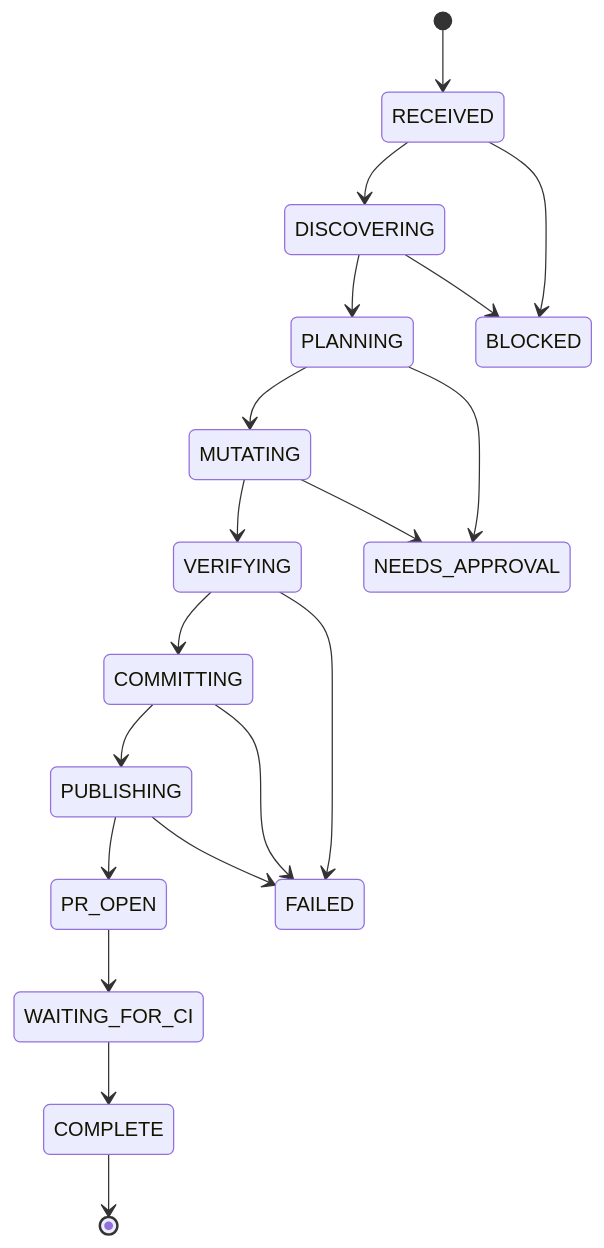
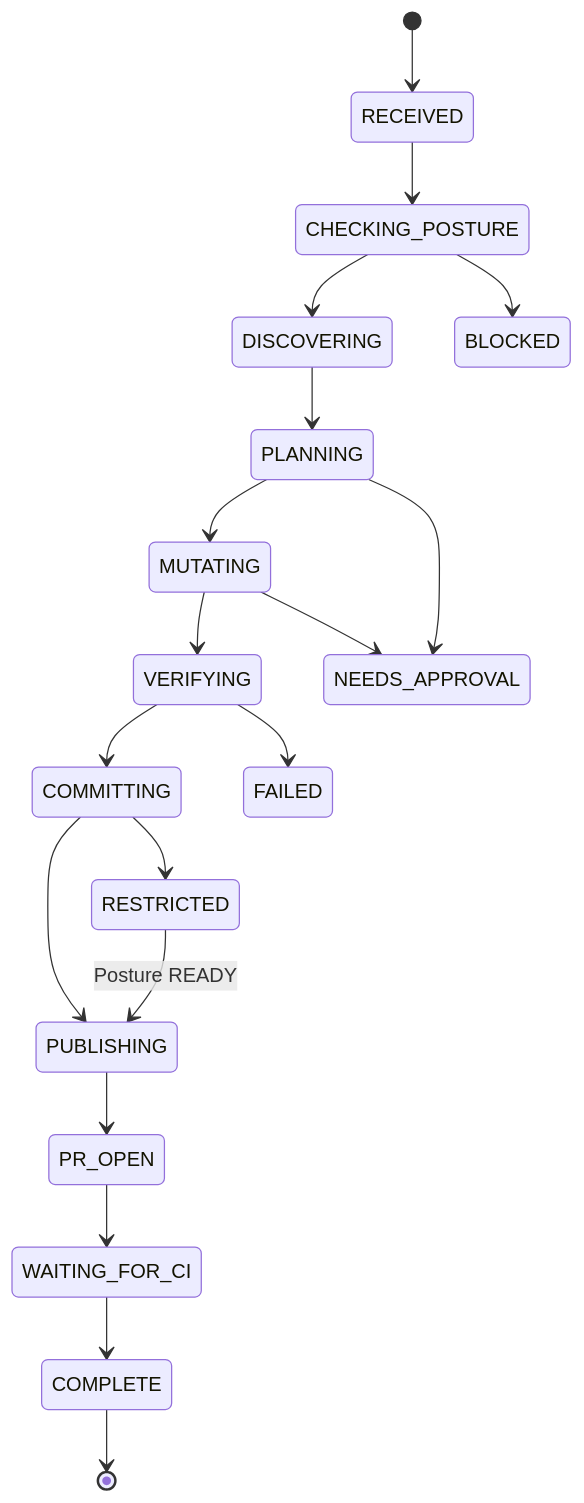
One commit to tomo-chan/agent-harness changed the third of 4 diagrams in docs/ja/01-architecture.md. Above: the diagram before and after it, drawn with Mermaid. The commit also changed other lines of this file, not shown here.

Commit message:
docs: Posture-awareな簡素構成を日本語Architectureへ反映

````diff
--- a/docs/ja/01-architecture.md
+++ b/docs/ja/01-architecture.md
@@ -40,22 +56,22 @@
 ```mermaid
 stateDiagram-v2
     [*] --> RECEIVED
-    RECEIVED --> DISCOVERING
+    RECEIVED --> CHECKING_POSTURE
+    CHECKING_POSTURE --> DISCOVERING
     DISCOVERING --> PLANNING
     PLANNING --> MUTATING
     MUTATING --> VERIFYING
     VERIFYING --> COMMITTING
     COMMITTING --> PUBLISHING
     PUBLISHING --> PR_OPEN
     PR_OPEN --> WAITING_FOR_CI
     WAITING_FOR_CI --> COMPLETE
     COMPLETE --> [*]
 
-    RECEIVED --> BLOCKED
-    DISCOVERING --> BLOCKED
+    CHECKING_POSTURE --> BLOCKED
+    COMMITTING --> RESTRICTED
+    RESTRICTED --> PUBLISHING: Posture READY
     PLANNING --> NEEDS_APPROVAL
     MUTATING --> NEEDS_APPROVAL
     VERIFYING --> FAILED
-    COMMITTING --> FAILED
-    PUBLISHING --> FAILED
 ```
````
